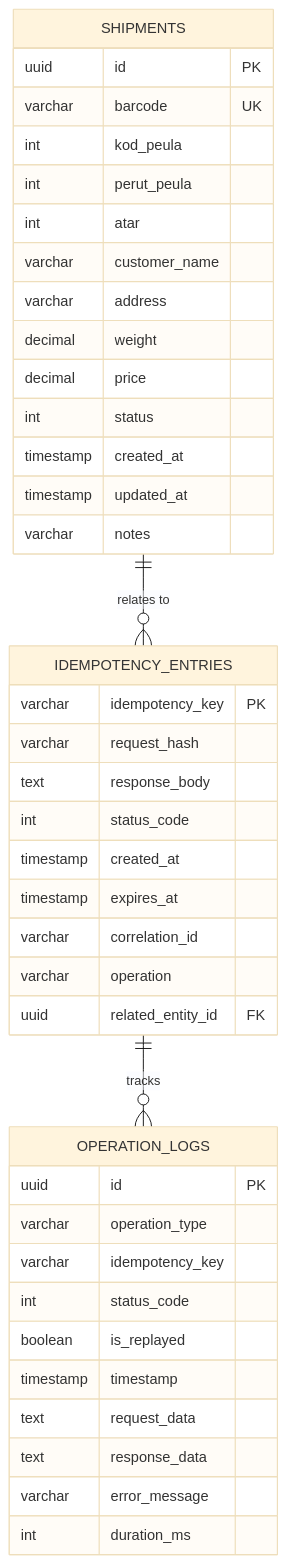
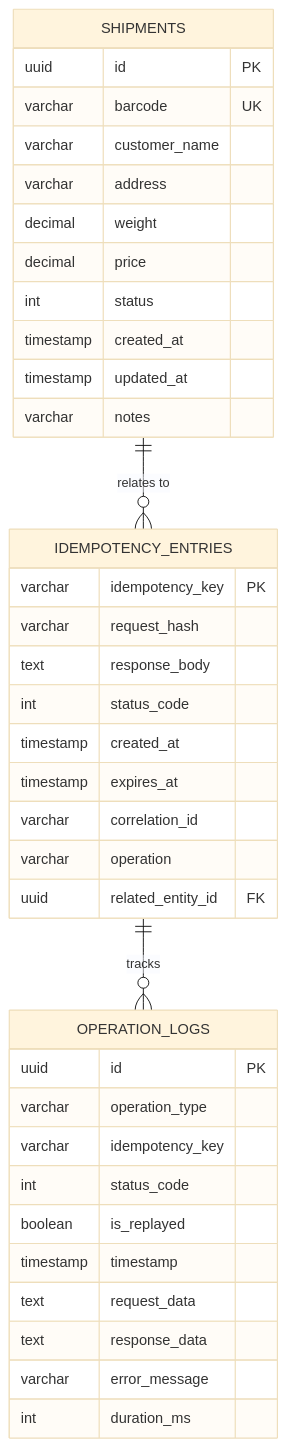
Before and after one commit to tomkedem/jpPostIdempotencyDemo: the fourth of 4 diagrams in docs/architecture.md, drawn with Mermaid (base theme). The commit also changed 27 other files, not shown here.

````diff
--- a/docs/architecture.md
+++ b/docs/architecture.md
@@ -179,46 +179,43 @@
 ```mermaid
 erDiagram
     SHIPMENTS {
         uuid id PK
-        varchar barcode UK
-        int kod_peula
-        int perut_peula
-        int atar
+        varchar barcode UK       
         varchar customer_name
         varchar address
         decimal weight
         decimal price
         int status
         timestamp created_at
         timestamp updated_at
         varchar notes
     }
 
     IDEMPOTENCY_ENTRIES {
         varchar idempotency_key PK
         varchar request_hash
         text response_body
         int status_code
         timestamp created_at
         timestamp expires_at
         varchar correlation_id
         varchar operation
         uuid related_entity_id FK
     }
 
     OPERATION_LOGS {
         uuid id PK
         varchar operation_type
         varchar idempotency_key
         int status_code
         boolean is_replayed
         timestamp timestamp
         text request_data
         text response_data
         varchar error_message
         int duration_ms
     }
 
     SHIPMENTS ||--o{ IDEMPOTENCY_ENTRIES : "relates to"
     IDEMPOTENCY_ENTRIES ||--o{ OPERATION_LOGS : "tracks"
 ```
````
